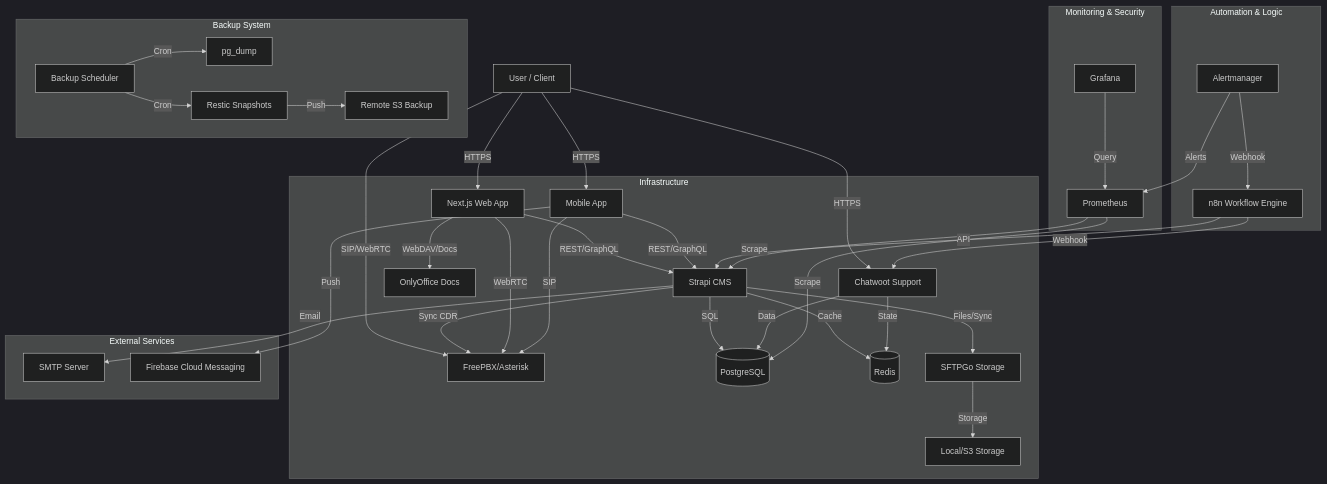
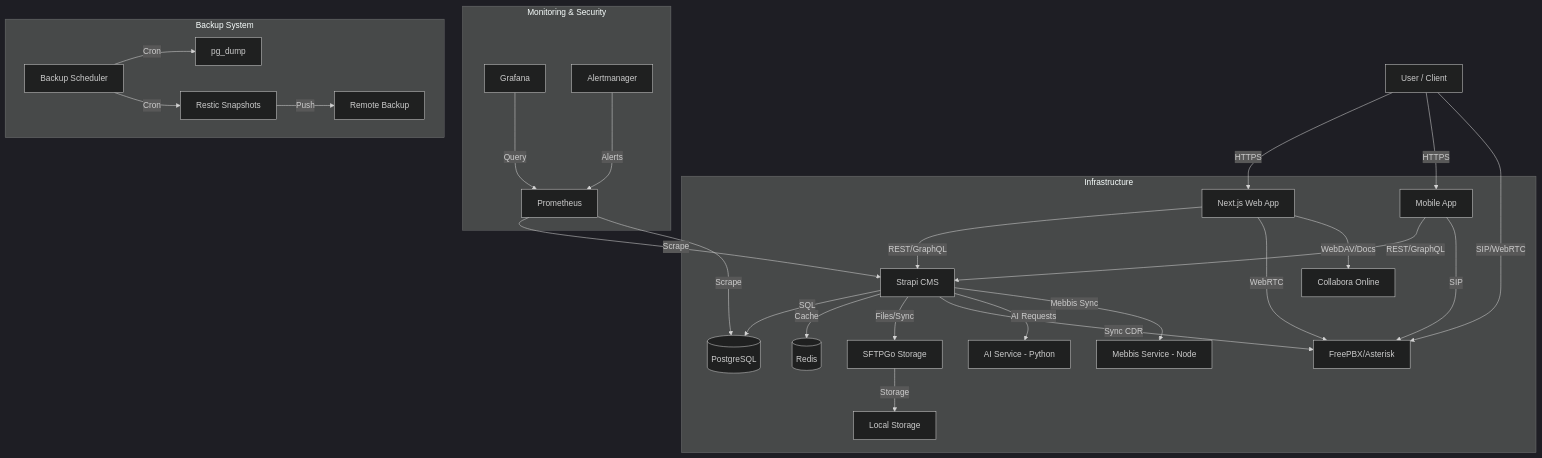
Before and after one commit to brnakblt/arkadas-core: the diagram in docs/ARCHITECTURE.md, drawn with Mermaid (dark theme). The commit also changed other lines of this file and 18 other files, not shown here.

````diff
--- a/docs/ARCHITECTURE.md
+++ b/docs/ARCHITECTURE.md
@@ -9,50 +9,36 @@
 ```mermaid
 graph TD
     User[User / Client] -->|HTTPS| Web[Next.js Web App]
     User -->|HTTPS| Mobile[Mobile App]
-    User -->|HTTPS| Chatwoot[Chatwoot Support]
     User -->|SIP/WebRTC| PBX[FreePBX/Asterisk]
     
     subgraph "Infrastructure"
         Web -->|REST/GraphQL| Strapi[Strapi CMS]
         Mobile -->|REST/GraphQL| Strapi
         
         Strapi -->|SQL| Postgres[(PostgreSQL)]
         Strapi -->|Cache| Redis[(Redis)]
         Strapi -->|Files/Sync| SFTPGo[SFTPGo Storage]
         Strapi -->|Sync CDR| PBX
+        Strapi -->|AI Requests| AI[AI Service - Python]
+        Strapi -->|Mebbis Sync| Mebbis[Mebbis Service - Node]
         
         Web -->|WebRTC| PBX
         Mobile -->|SIP| PBX
-        Web -->|WebDAV/Docs| OnlyOffice[OnlyOffice Docs]
-        SFTPGo -->|Storage| Disk[Local/S3 Storage]
-
-        Chatwoot -->|State| Redis
-        Chatwoot -->|Data| Postgres
-    end
-
-    subgraph "Automation & Logic"
-        n8n[n8n Workflow Engine]
-        n8n -->|Webhook| Chatwoot
-        n8n -->|API| Strapi
-        Alertmanager -->|Webhook| n8n
+        Web -->|WebDAV/Docs| Collabora[Collabora Online]
+        SFTPGo -->|Storage| Disk[Local Storage]
     end
 
     subgraph "Monitoring & Security"
         Prometheus -->|Scrape| Strapi
         Prometheus -->|Scrape| Postgres
         Grafana -->|Query| Prometheus
         Alertmanager -->|Alerts| Prometheus
     end
 
     subgraph "Backup System"
         Scheduler[Backup Scheduler] -->|Cron| PG_Dump[pg_dump]
         Scheduler -->|Cron| Restic[Restic Snapshots]
-        Restic -->|Push| S3_Backup[Remote S3 Backup]
-    end
-
-    subgraph "External Services"
-        Strapi -->|Email| SMTP[SMTP Server]
-        Mobile -->|Push| FCM[Firebase Cloud Messaging]
+        Restic -->|Push| S3_Backup[Remote Backup]
     end
 ```
````
